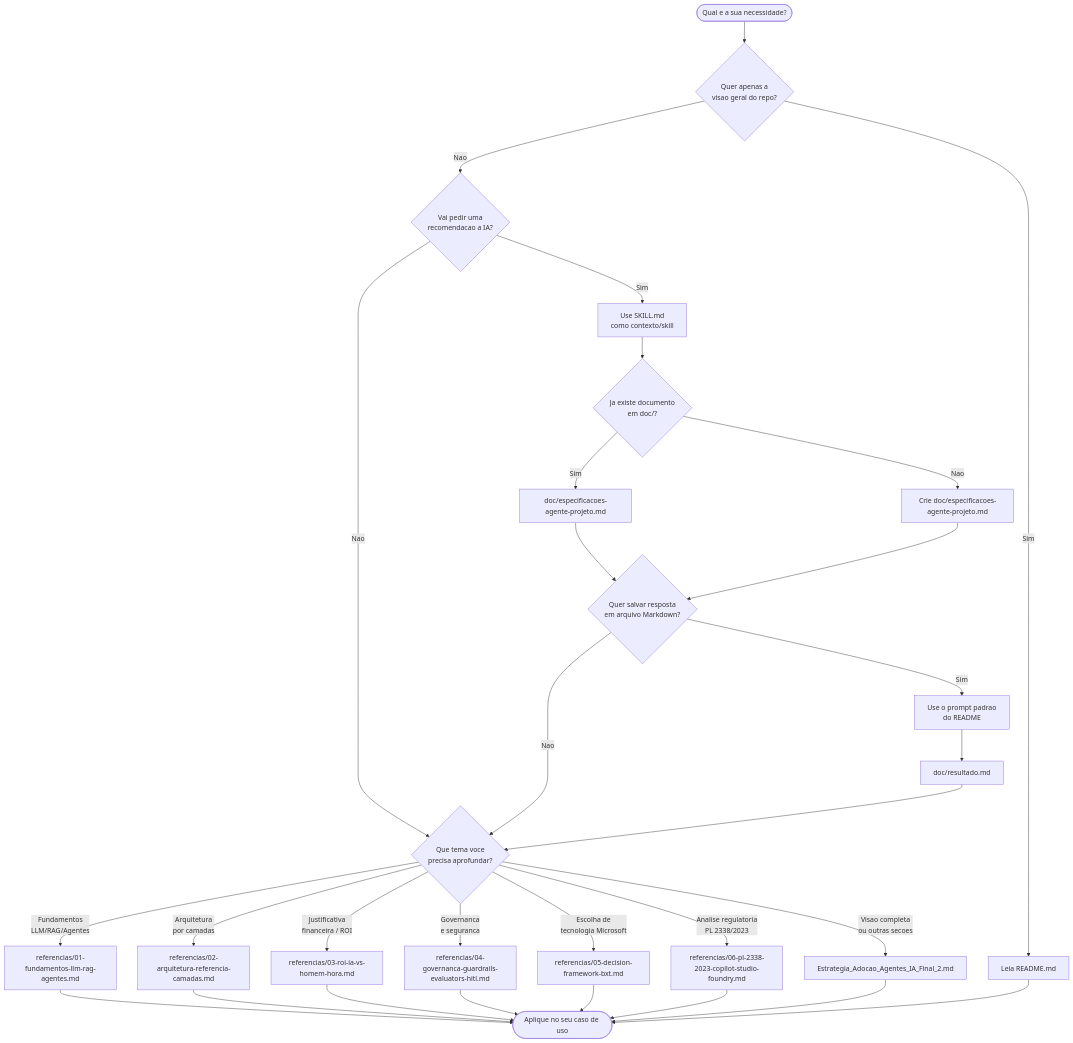
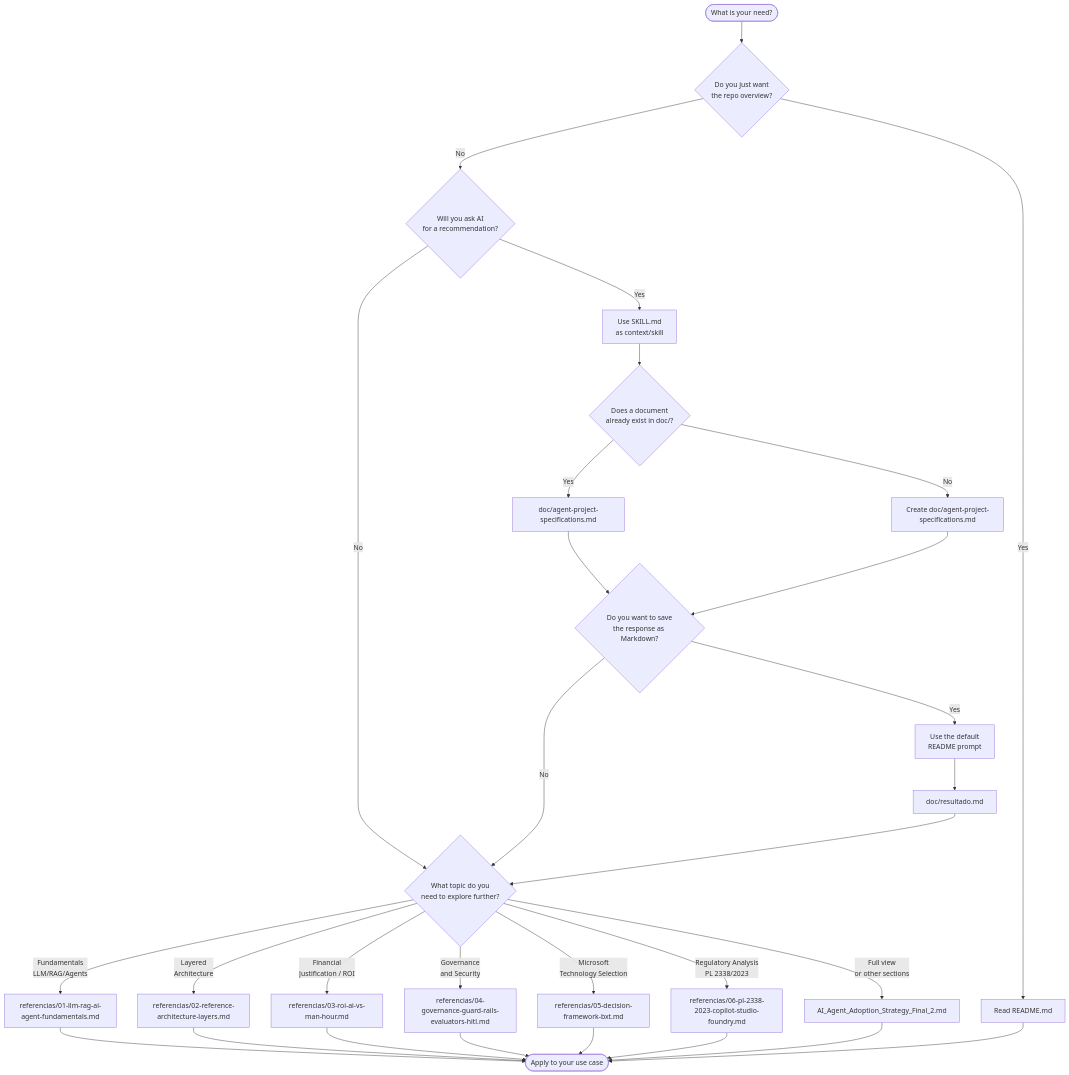
One commit to fabioharams/hubsp-ai-skill changed the second of 2 diagrams in README.md. Above: the diagram before and after it, drawn with Mermaid. The commit also changed other lines of this file and 21 other files, not shown here.

````diff
--- a/README.md
+++ b/README.md
@@ -76,36 +76,36 @@
 ```mermaid
 flowchart TD
-    START([Qual e a sua necessidade?]) --> Q1{Quer apenas a<br/>visao geral do repo?}
-    Q1 -- Sim --> README[Leia README.md]
-    Q1 -- Nao --> Q2{Vai pedir uma<br/>recomendacao a IA?}
+    START([What is your need?]) --> Q1{Do you just want<br/>the repo overview?}
+    Q1 -- Yes --> README[Read README.md]
+    Q1 -- No --> Q2{Will you ask AI<br/>for a recommendation?}
 
-    Q2 -- Sim --> SKILL[Use SKILL.md<br/>como contexto/skill]
-    Q2 -- Nao --> Q3{Que tema voce<br/>precisa aprofundar?}
+    Q2 -- Yes --> SKILL[Use SKILL.md<br/>as context/skill]
+    Q2 -- No --> Q3{What topic do you<br/>need to explore further?}
 
-   SKILL --> QDOC{Ja existe documento<br/>em doc/?}
-   QDOC -- Sim --> DOC[doc/especificacoes-agente-projeto.md]
-   QDOC -- Nao --> DOCNEW[Crie doc/especificacoes-agente-projeto.md]
-   DOC --> QOUT{Quer salvar resposta<br/>em arquivo Markdown?}
+   SKILL --> QDOC{Does a document<br/>already exist in doc/?}
+   QDOC -- Yes --> DOC[doc/agent-project-specifications.md]
+   QDOC -- No --> DOCNEW[Create doc/agent-project-specifications.md]
+   DOC --> QOUT{Do you want to save<br/>the response as Markdown?}
    DOCNEW --> QOUT
-   QOUT -- Sim --> PROMPT[Use o prompt padrao<br/>do README]
+   QOUT -- Yes --> PROMPT[Use the default<br/>README prompt]
    PROMPT --> OUTMD[doc/resultado.md]
-   QOUT -- Nao --> Q3
+   QOUT -- No --> Q3
    OUTMD --> Q3
 
-    Q3 -- Fundamentos<br/>LLM/RAG/Agentes --> R1[referencias/01-fundamentos-llm-rag-agentes.md]
-    Q3 -- Arquitetura<br/>por camadas --> R2[referencias/02-arquitetura-referencia-camadas.md]
-    Q3 -- Justificativa<br/>financeira / ROI --> R3[referencias/03-roi-ia-vs-homem-hora.md]
-    Q3 -- Governanca<br/>e seguranca --> R4[referencias/04-governanca-guardrails-evaluators-hitl.md]
-    Q3 -- Escolha de<br/>tecnologia Microsoft --> R5[referencias/05-decision-framework-bxt.md]
-   Q3 -- Analise regulatoria<br/>PL 2338/2023 --> R6[referencias/06-pl-2338-2023-copilot-studio-foundry.md]
-    Q3 -- Visao completa<br/>ou outras secoes --> CANON[Estrategia_Adocao_Agentes_IA_Final_2.md]
+    Q3 -- Fundamentals<br/>LLM/RAG/Agents --> R1[referencias/01-llm-rag-ai-agent-fundamentals.md]
+    Q3 -- Layered<br/>Architecture --> R2[referencias/02-reference-architecture-layers.md]
+    Q3 -- Financial<br/>Justification / ROI --> R3[referencias/03-roi-ai-vs-man-hour.md]
+    Q3 -- Governance<br/>and Security --> R4[referencias/04-governance-guard-rails-evaluators-hitl.md]
+    Q3 -- Microsoft<br/>Technology Selection --> R5[referencias/05-decision-framework-bxt.md]
+   Q3 -- Regulatory Analysis<br/>PL 2338/2023 --> R6[referencias/06-pl-2338-2023-copilot-studio-foundry.md]
+    Q3 -- Full view<br/>or other sections --> CANON[AI_Agent_Adoption_Strategy_Final_2.md]
 
-    R1 --> END([Aplique no seu caso de uso])
+    R1 --> END([Apply to your use case])
     R2 --> END
     R3 --> END
     R4 --> END
     R5 --> END
    R6 --> END
     CANON --> END
     README --> END
 ```
````
